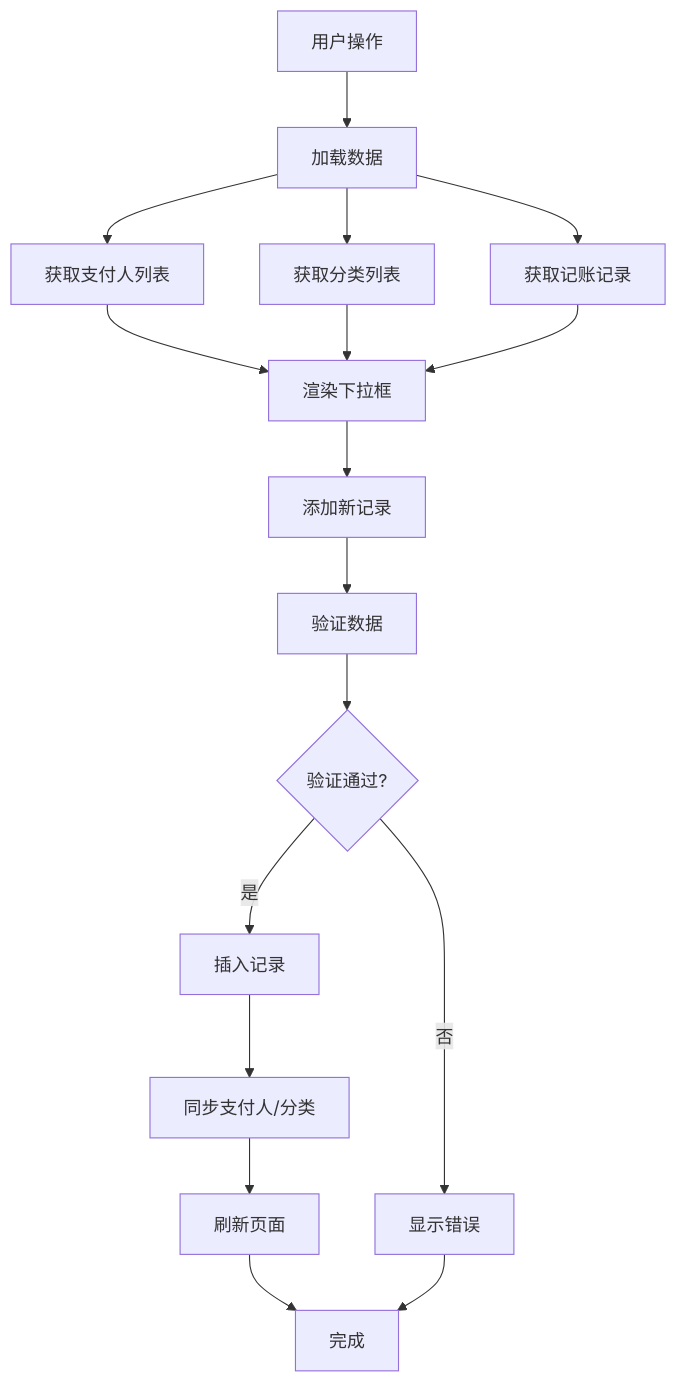
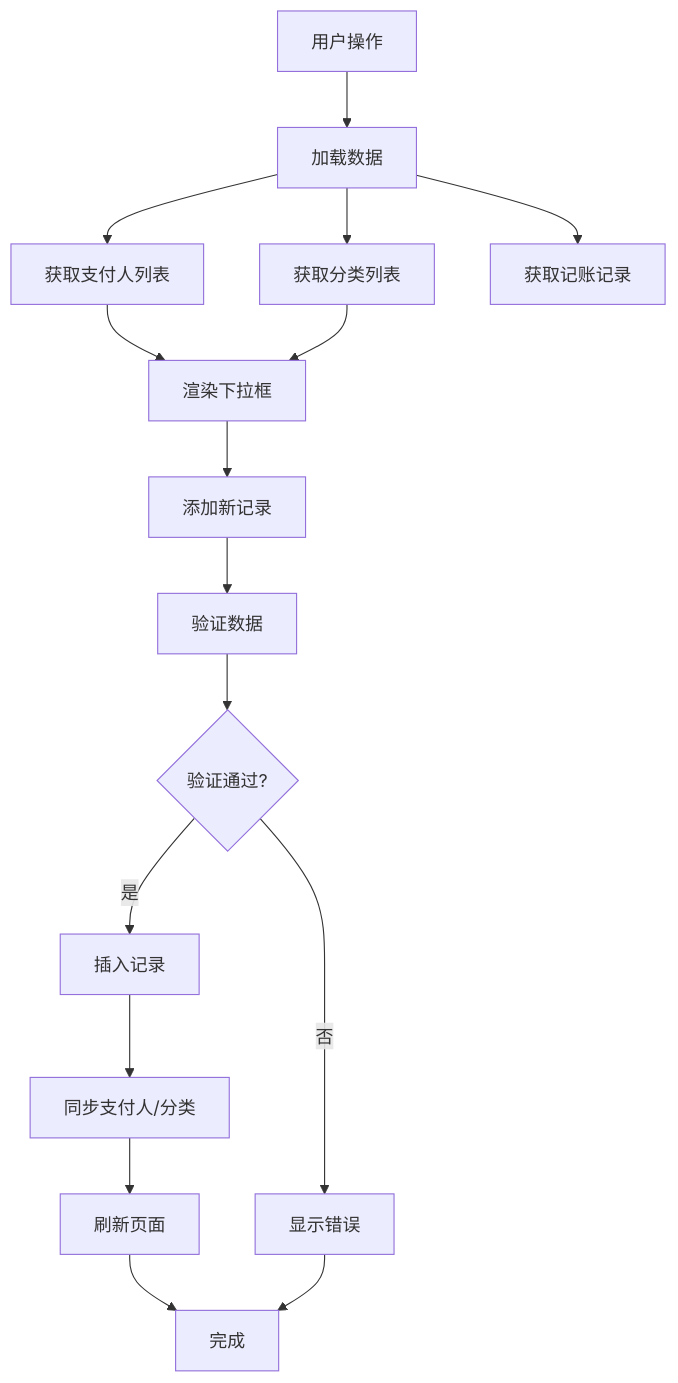
One commit to louyinmin/recorded changed the sixth of 6 diagrams in .qoder/repowiki/zh/content/API接口文档/支付人和分类API.md. Above: the diagram before and after it, drawn with Mermaid. The commit also changed other lines of this file and 5 other files, not shown here.

````diff
--- a/.qoder/repowiki/zh/content/API接口文档/支付人和分类API.md
+++ b/.qoder/repowiki/zh/content/API接口文档/支付人和分类API.md
@@ -328,19 +459,18 @@
 ```mermaid
 flowchart TD
 START[用户操作] --> LOAD[加载数据]
 LOAD --> PAYERS[获取支付人列表]
 LOAD --> CATEGORIES[获取分类列表]
 LOAD --> RECORDS[获取记账记录]
 PAYERS --> RENDER[渲染下拉框]
 CATEGORIES --> RENDER
-RECORDS --> RENDER
 RENDER --> ADD[添加新记录]
 ADD --> VALIDATE[验证数据]
 VALIDATE --> SUCCESS{验证通过?}
 SUCCESS --> |是| INSERT[插入记录]
 SUCCESS --> |否| ERROR[显示错误]
 INSERT --> SYNC[同步支付人/分类]
 SYNC --> REFRESH[刷新页面]
 REFRESH --> END[完成]
 ERROR --> END
 ```
````
